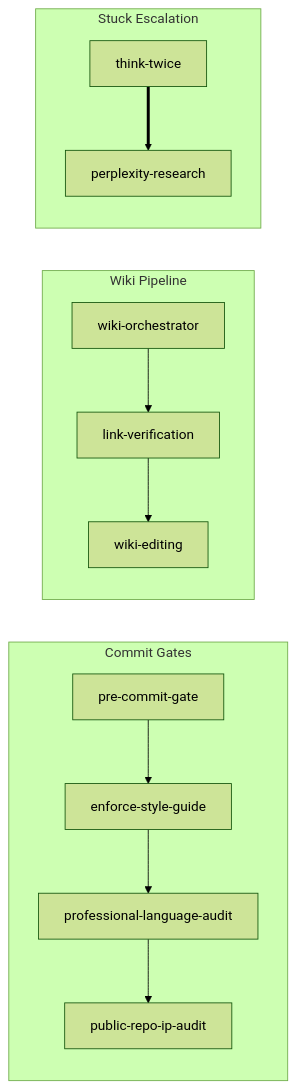
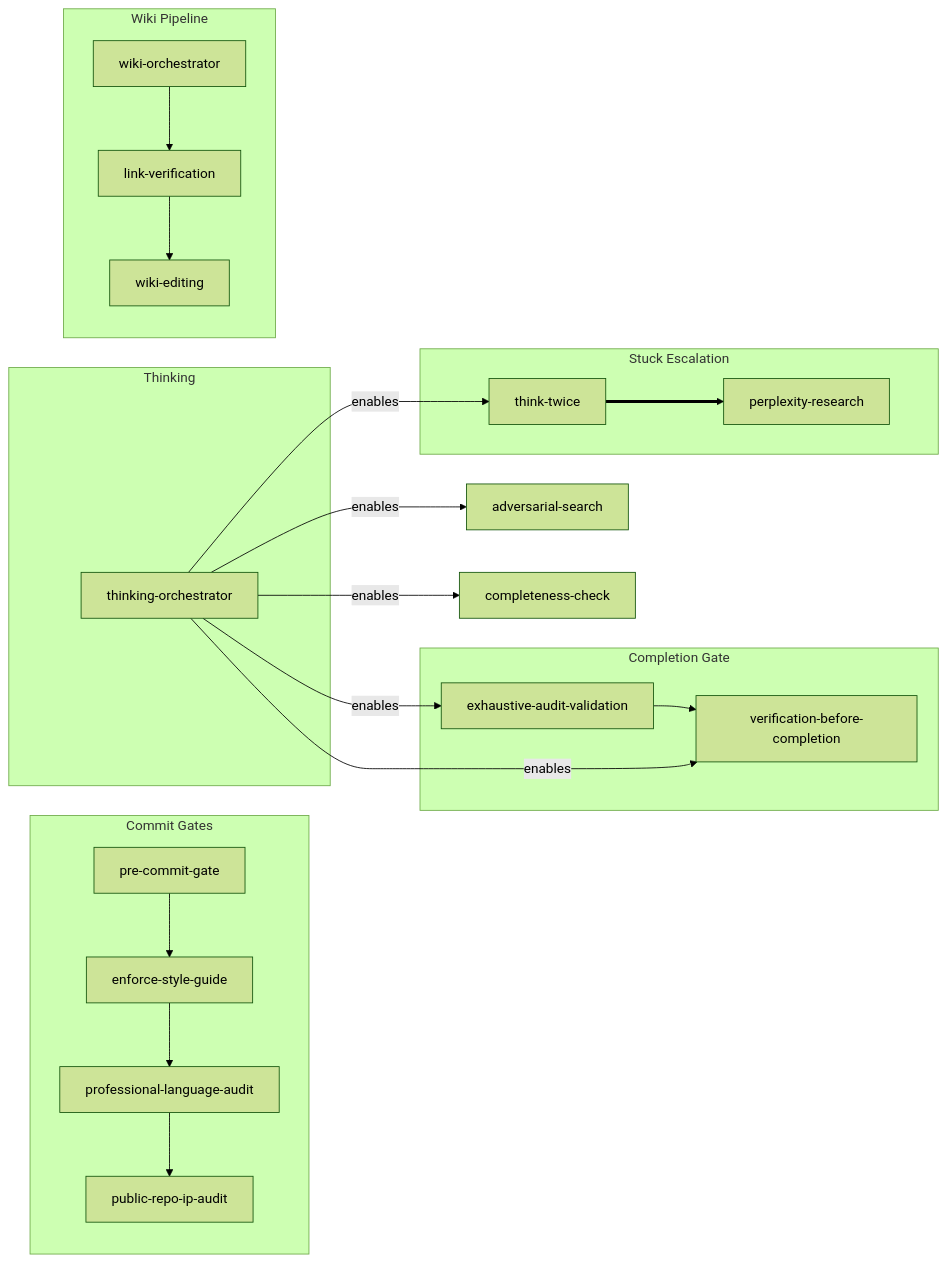
One commit to bordenet/superpowers-plus changed the diagram in README.md. Above: the diagram before and after it, drawn with Mermaid (forest theme). The commit also changed other lines of this file and 2 other files, not shown here.

Commit message:
fix: add enables edges to DAG generator, update README graph with Completion Gate and Thinking groups

````diff
--- a/README.md
+++ b/README.md
@@ -210,17 +210,31 @@
 ```mermaid
 graph LR
   subgraph commit-gates["Commit Gates"]
     pre_commit_gate["pre-commit-gate"] --> enforce_style_guide["enforce-style-guide"]
     enforce_style_guide --> professional_language_audit["professional-language-audit"]
     professional_language_audit --> public_repo_ip_audit["public-repo-ip-audit"]
+  end
+
+  subgraph completion-gate["Completion Gate"]
+    exhaustive_audit_validation["exhaustive-audit-validation"] --> verification_before_completion["verification-before-completion"]
+  end
+
+  subgraph thinking["Thinking"]
+    thinking_orchestrator["thinking-orchestrator"]
   end
 
   subgraph wiki-pipeline["Wiki Pipeline"]
     wiki_orchestrator["wiki-orchestrator"] --> link_verification["link-verification"]
     link_verification --> wiki_editing["wiki-editing"]
   end
 
   subgraph stuck-escalation["Stuck Escalation"]
     think_twice["think-twice"] ==> perplexity_research["perplexity-research"]
   end
+
+  thinking_orchestrator -->|enables| adversarial_search["adversarial-search"]
+  thinking_orchestrator -->|enables| think_twice
+  thinking_orchestrator -->|enables| verification_before_completion
+  thinking_orchestrator -->|enables| exhaustive_audit_validation
+  thinking_orchestrator -->|enables| completeness_check["completeness-check"]
 ```
````
